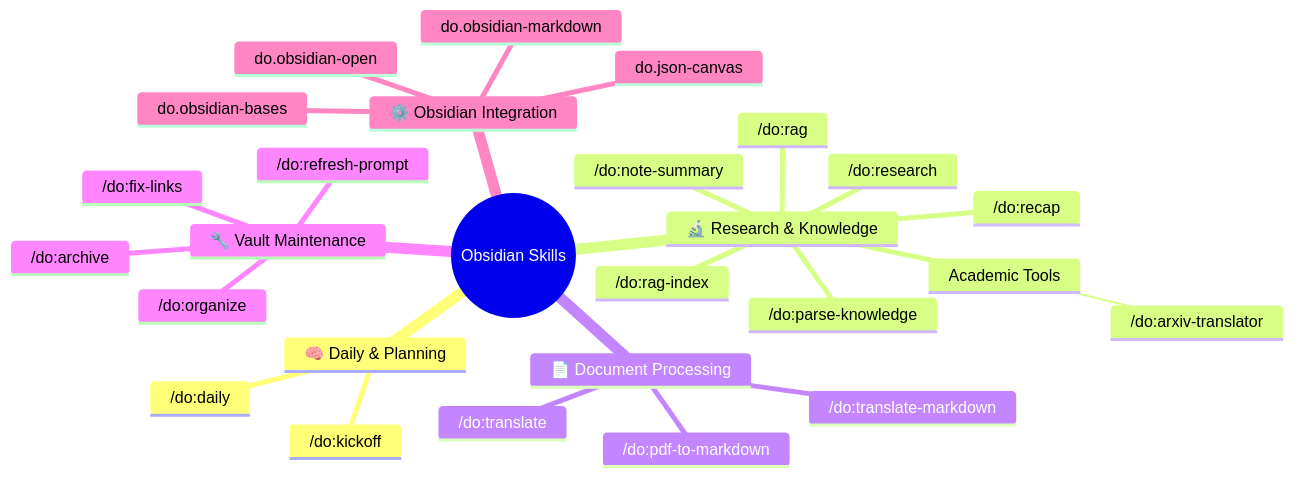
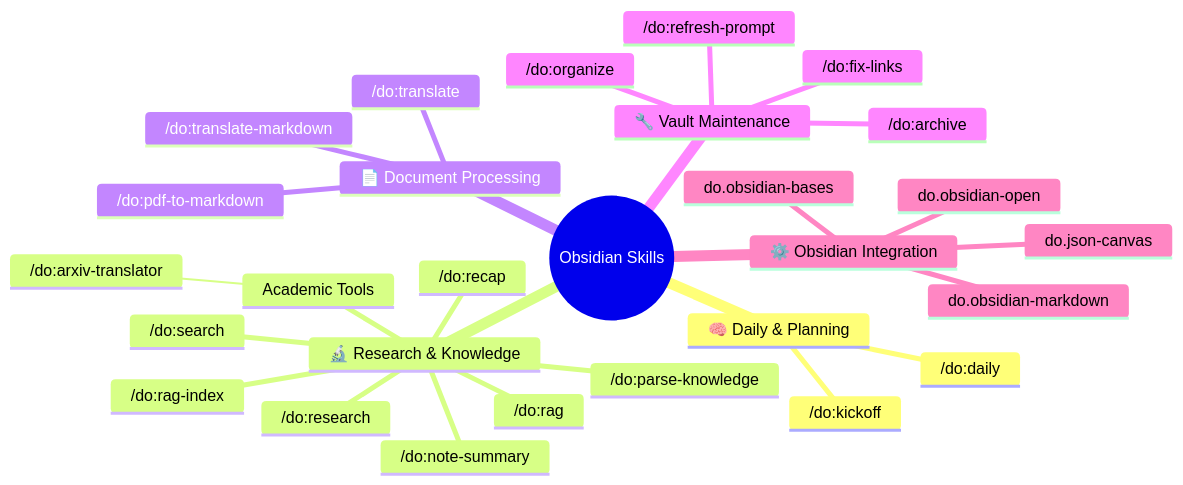
The fourth of 8 diagrams in README.md (dull-bird/DeepOrbit), drawn with Mermaid before and after one commit. The commit also changed other lines of this file and 5 other files, not shown here.

````diff
--- a/README.md
+++ b/README.md
@@ -145,30 +145,31 @@
 ```mermaid
 mindmap
   root((Obsidian Skills))
     🧠 Daily & Planning
       /do:daily
       /do:kickoff
     🔬 Research & Knowledge
       /do:research
       /do:parse-knowledge
       /do:note-summary
       /do:recap
       /do:rag
       /do:rag-index
+      /do:search
      Academic Tools
       /do:arxiv-translator
     📄 Document Processing
       /do:pdf-to-markdown
       /do:translate-markdown
       /do:translate
     🔧 Vault Maintenance
       /do:fix-links
       /do:archive
       /do:organize
       /do:refresh-prompt
     ⚙️ Obsidian Integration
       do.obsidian-markdown
       do.obsidian-bases
       do.json-canvas
       do.obsidian-open
 ```
````
